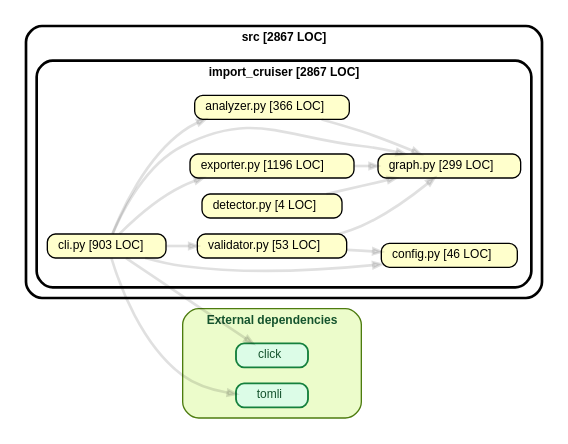
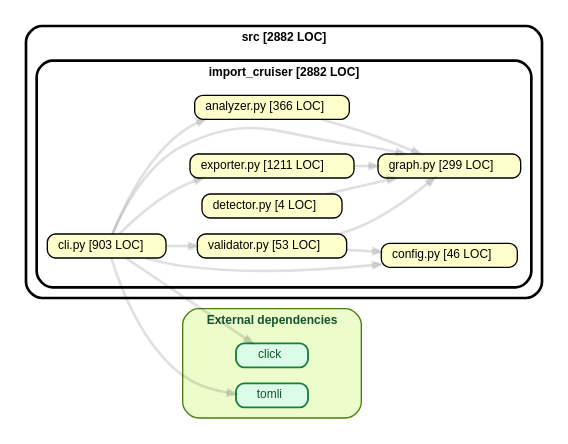
The diagram in artifacts/self-graph/import-cruiser-self-graph.dot (kevin91nl/import-cruiser), drawn with Graphviz before and after one commit. The commit also changed 5 other files, not shown here.

```diff
--- a/artifacts/self-graph/import-cruiser-self-graph.dot
+++ b/artifacts/self-graph/import-cruiser-self-graph.dot
@@ -1,28 +1,28 @@
 strict digraph "import_cruiser"{
     rankdir="LR" splines="true" overlap="false" nodesep="0.16" ranksep="0.18" fontname="Helvetica-bold" fontsize="9" style="rounded,bold,filled" fillcolor="#ffffff" compound="true"
     node [shape="box" style="rounded, filled" height="0.2" color="black" fillcolor="#ffffcc" fontcolor="black" fontname="Helvetica" fontsize="9"]
     edge [arrowhead="normal" arrowsize="0.6" penwidth="2.0" color="#0000001f" fontname="Helvetica" fontsize="9"]
 
     subgraph "cluster___external_deps__" {label="External dependencies" style="rounded,filled" fillcolor="#ECFCCB" color="#4D7C0F" fontcolor="#14532D" "src/import_cruiser/click" [label=<click> tooltip="click" URL="click" shape="box" style="rounded,filled" fillcolor="#DCFCE7" color="#15803D" penwidth=1.4 fontcolor="#14532D" ] }
-    subgraph "cluster_src" {label="src [2867 LOC]" subgraph "cluster_src/import_cruiser" {label="import_cruiser [2867 LOC]" "src/import_cruiser/analyzer.py" [label=<analyzer.py [366 LOC]> tooltip="analyzer.py [366 LOC]" URL="src/import_cruiser/analyzer.py" ] }}
-    subgraph "cluster_src" {label="src [2867 LOC]" subgraph "cluster_src/import_cruiser" {label="import_cruiser [2867 LOC]" "src/import_cruiser/cli.py" [label=<cli.py [903 LOC]> tooltip="cli.py [903 LOC]" URL="src/import_cruiser/cli.py" ] }}
-    subgraph "cluster_src" {label="src [2867 LOC]" subgraph "cluster_src/import_cruiser" {label="import_cruiser [2867 LOC]" "src/import_cruiser/config.py" [label=<config.py [46 LOC]> tooltip="config.py [46 LOC]" URL="src/import_cruiser/config.py" ] }}
-    subgraph "cluster_src" {label="src [2867 LOC]" subgraph "cluster_src/import_cruiser" {label="import_cruiser [2867 LOC]" "src/import_cruiser/detector.py" [label=<detector.py [4 LOC]> tooltip="detector.py [4 LOC]" URL="src/import_cruiser/detector.py" ] }}
-    subgraph "cluster_src" {label="src [2867 LOC]" subgraph "cluster_src/import_cruiser" {label="import_cruiser [2867 LOC]" "src/import_cruiser/exporter.py" [label=<exporter.py [1196 LOC]> tooltip="exporter.py [1196 LOC]" URL="src/import_cruiser/exporter.py" ] }}
-    subgraph "cluster_src" {label="src [2867 LOC]" subgraph "cluster_src/import_cruiser" {label="import_cruiser [2867 LOC]" "src/import_cruiser/graph.py" [label=<graph.py [299 LOC]> tooltip="graph.py [299 LOC]" URL="src/import_cruiser/graph.py" ] }}
-    subgraph "cluster_src" {label="src [2867 LOC]" subgraph "cluster_src/import_cruiser" {label="import_cruiser [2867 LOC]" "src/import_cruiser/validator.py" [label=<validator.py [53 LOC]> tooltip="validator.py [53 LOC]" URL="src/import_cruiser/validator.py" ] }}
+    subgraph "cluster_src" {label="src [2882 LOC]" subgraph "cluster_src/import_cruiser" {label="import_cruiser [2882 LOC]" "src/import_cruiser/analyzer.py" [label=<analyzer.py [366 LOC]> tooltip="analyzer.py [366 LOC]" URL="src/import_cruiser/analyzer.py" ] }}
+    subgraph "cluster_src" {label="src [2882 LOC]" subgraph "cluster_src/import_cruiser" {label="import_cruiser [2882 LOC]" "src/import_cruiser/cli.py" [label=<cli.py [903 LOC]> tooltip="cli.py [903 LOC]" URL="src/import_cruiser/cli.py" ] }}
+    subgraph "cluster_src" {label="src [2882 LOC]" subgraph "cluster_src/import_cruiser" {label="import_cruiser [2882 LOC]" "src/import_cruiser/config.py" [label=<config.py [46 LOC]> tooltip="config.py [46 LOC]" URL="src/import_cruiser/config.py" ] }}
+    subgraph "cluster_src" {label="src [2882 LOC]" subgraph "cluster_src/import_cruiser" {label="import_cruiser [2882 LOC]" "src/import_cruiser/detector.py" [label=<detector.py [4 LOC]> tooltip="detector.py [4 LOC]" URL="src/import_cruiser/detector.py" ] }}
+    subgraph "cluster_src" {label="src [2882 LOC]" subgraph "cluster_src/import_cruiser" {label="import_cruiser [2882 LOC]" "src/import_cruiser/exporter.py" [label=<exporter.py [1211 LOC]> tooltip="exporter.py [1211 LOC]" URL="src/import_cruiser/exporter.py" ] }}
+    subgraph "cluster_src" {label="src [2882 LOC]" subgraph "cluster_src/import_cruiser" {label="import_cruiser [2882 LOC]" "src/import_cruiser/graph.py" [label=<graph.py [299 LOC]> tooltip="graph.py [299 LOC]" URL="src/import_cruiser/graph.py" ] }}
+    subgraph "cluster_src" {label="src [2882 LOC]" subgraph "cluster_src/import_cruiser" {label="import_cruiser [2882 LOC]" "src/import_cruiser/validator.py" [label=<validator.py [53 LOC]> tooltip="validator.py [53 LOC]" URL="src/import_cruiser/validator.py" ] }}
     subgraph "cluster___external_deps__" {label="External dependencies" style="rounded,filled" fillcolor="#ECFCCB" color="#4D7C0F" fontcolor="#14532D" "src/import_cruiser/tomli" [label=<tomli> tooltip="tomli" URL="tomli" shape="box" style="rounded,filled" fillcolor="#DCFCE7" color="#15803D" penwidth=1.4 fontcolor="#14532D" ] }
 
     "src/import_cruiser/analyzer.py" -> "src/import_cruiser/graph.py"
     "src/import_cruiser/cli.py" -> "src/import_cruiser/click"
     "src/import_cruiser/cli.py" -> "src/import_cruiser/analyzer.py"
     "src/import_cruiser/cli.py" -> "src/import_cruiser/config.py"
     "src/import_cruiser/cli.py" -> "src/import_cruiser/exporter.py"
     "src/import_cruiser/cli.py" -> "src/import_cruiser/graph.py"
     "src/import_cruiser/cli.py" -> "src/import_cruiser/validator.py"
     "src/import_cruiser/cli.py" -> "src/import_cruiser/tomli"
     "src/import_cruiser/detector.py" -> "src/import_cruiser/graph.py"
     "src/import_cruiser/exporter.py" -> "src/import_cruiser/graph.py"
     "src/import_cruiser/validator.py" -> "src/import_cruiser/config.py"
     "src/import_cruiser/validator.py" -> "src/import_cruiser/graph.py"
 }
```
